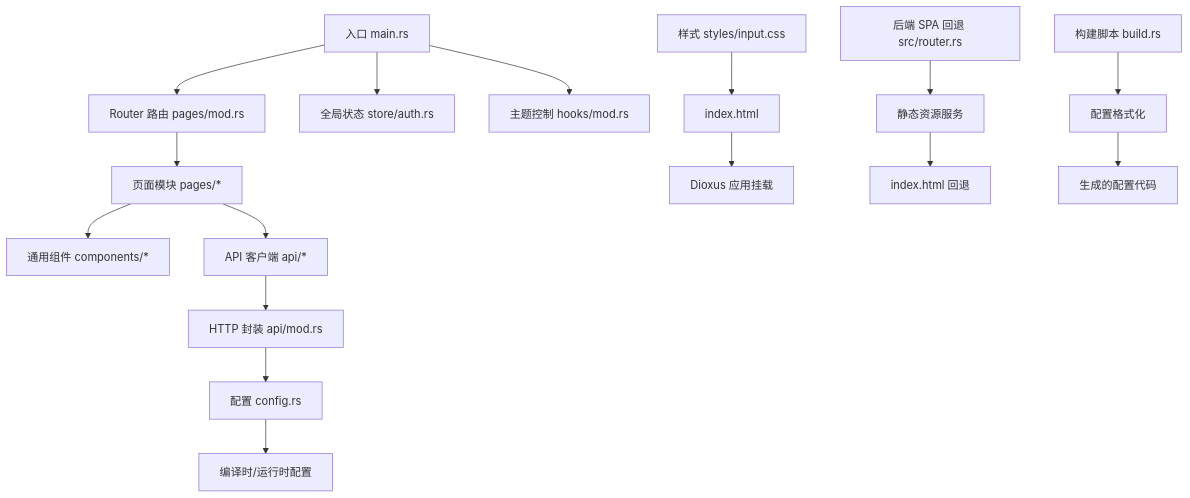
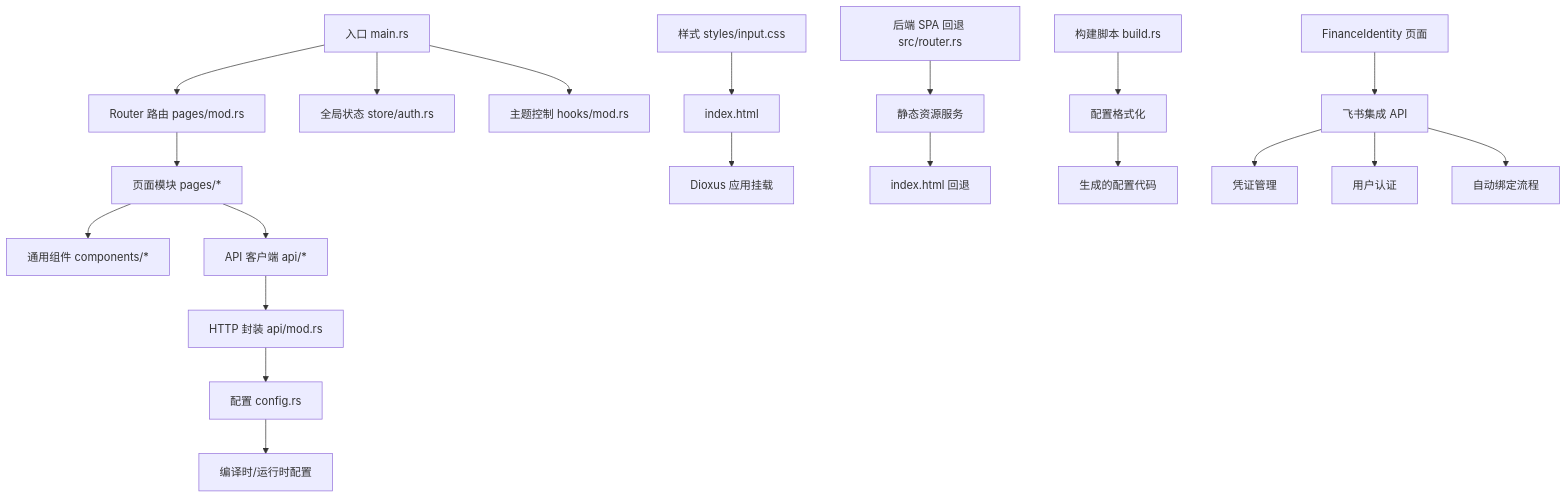
The first of 16 diagrams in .qoder/repowiki/zh/content/前端应用/前端应用.md (runningcoders/ai_orz), drawn with Mermaid before and after one commit. The commit also changed other lines of this file and 9 other files, not shown here.

````diff
--- a/.qoder/repowiki/zh/content/前端应用/前端应用.md
+++ b/.qoder/repowiki/zh/content/前端应用/前端应用.md
@@ -73,18 +81,22 @@
 ```mermaid
 graph TB
 A["入口 main.rs"] --> B["Router 路由 pages/mod.rs"]
 A --> C["全局状态 store/auth.rs"]
 A --> D["主题控制 hooks/mod.rs"]
 B --> E["页面模块 pages/*"]
 E --> F["通用组件 components/*"]
 E --> G["API 客户端 api/*"]
 G --> H["HTTP 封装 api/mod.rs"]
 H --> I["配置 config.rs"]
 I --> J["编译时/运行时配置"]
 K["样式 styles/input.css"] --> L["index.html"]
 L --> M["Dioxus 应用挂载"]
 N["后端 SPA 回退 src/router.rs"] --> O["静态资源服务"]
 O --> P["index.html 回退"]
 Q["构建脚本 build.rs"] --> R["配置格式化"]
 R --> S["生成的配置代码"]
+T["FinanceIdentity 页面"] --> U["飞书集成 API"]
+U --> V["凭证管理"]
+U --> W["用户认证"]
+U --> X["自动绑定流程"]
 ```
````
